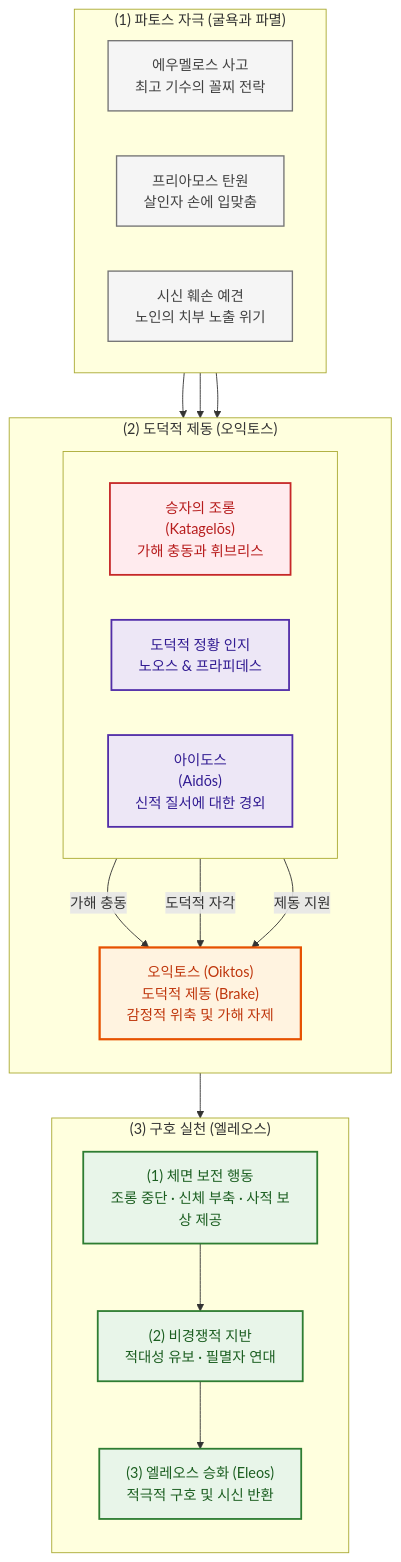
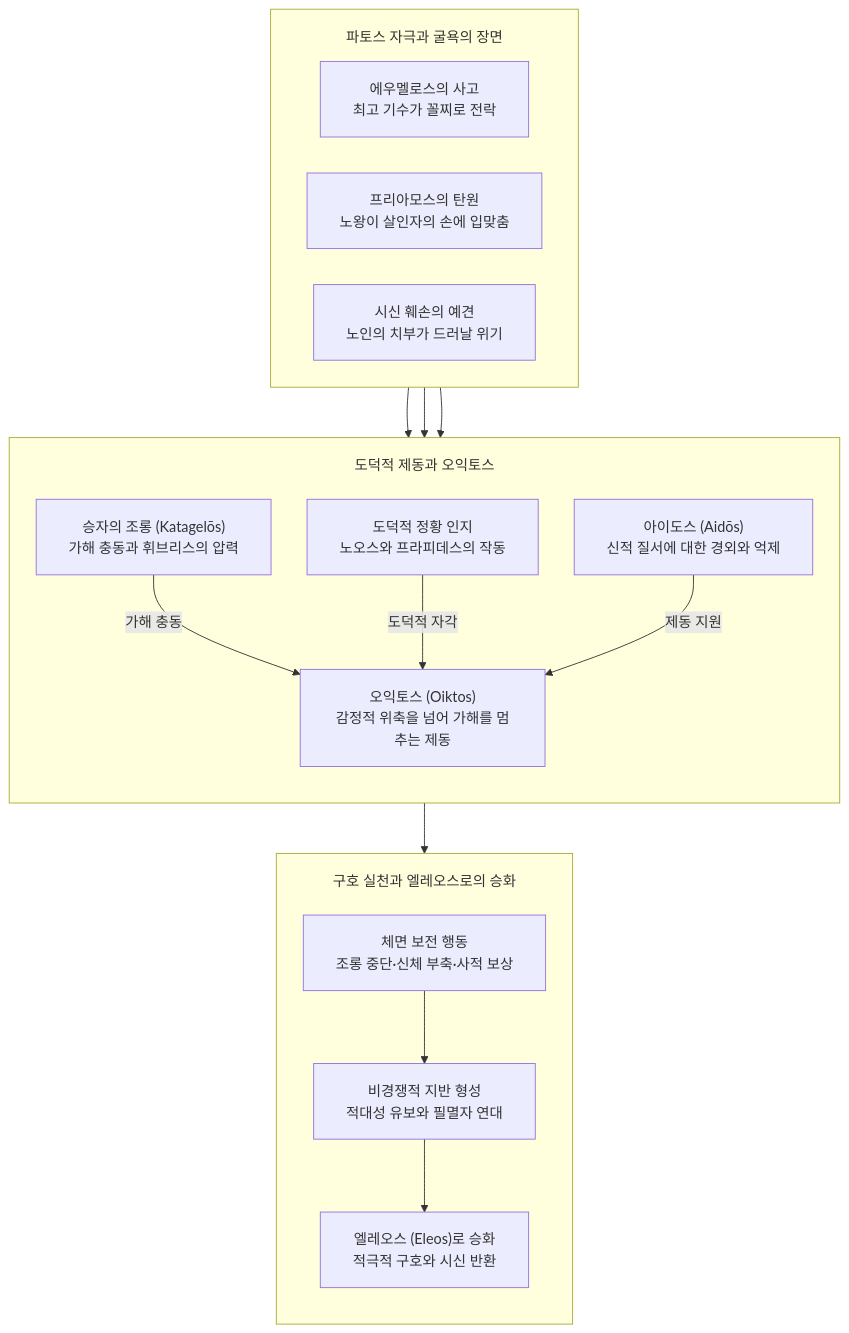
Before and after one commit to YgHnSIM/Homer_wiki: the diagram in wiki/concepts/concept-oiktos.md, drawn with Mermaid. The commit also changed other lines of this file and 9 other files, not shown here.

Commit message:
refactor(concepts): concept Mermaid 신규격 일괄 적용

````diff
--- a/wiki/concepts/concept-oiktos.md
+++ b/wiki/concepts/concept-oiktos.md
@@ -129,49 +129,33 @@
 ```mermaid
+%%{init: {'flowchart': {'useMaxWidth': true, 'nodeSpacing': 40, 'rankSpacing': 56, 'padding': 18, 'subGraphTitleMargin': {'top': 18, 'bottom': 10}}}}%%
 flowchart TD
-    %% 스타일 정의
-    classDef core fill:#FFF3E0,stroke:#E65100,stroke-width:2.5px,color:#BF360C;
-    classDef norm fill:#EDE7F6,stroke:#512DA8,stroke-width:2px,color:#311B92;
-    classDef oppose fill:#FFEBEE,stroke:#C62828,stroke-width:2px,color:#B71C1C;
-    classDef action fill:#E8F5E9,stroke:#2E7D32,stroke-width:2px,color:#1B5E20;
-    classDef event fill:#F5F5F5,stroke:#757575,stroke-width:1.5px,color:#424242;
-
-    %% 1. 파토스 자극
-    subgraph S1 ["(1) 파토스 자극 (굴욕과 파멸)"]
+    subgraph Trigger["파토스 자극과 굴욕의 장면"]
         direction LR
-        E1["에우멜로스 사고<br/>최고 기수의 꼴찌 전락"]:::event
-        E2["프리아모스 탄원<br/>살인자 손에 입맞춤"]:::event
-        E3["시신 훼손 예견<br/>노인의 치부 노출 위기"]:::event
+        E1["에우멜로스의 사고<br/>최고 기수가 꼴찌로 전락"]:::crisis
+        E2["프리아모스의 탄원<br/>노왕이 살인자의 손에 입맞춤"]:::crisis
+        E3["시신 훼손의 예견<br/>노인의 치부가 드러날 위기"]:::crisis
     end
 
-    %% 2. 도덕적 제동
-    subgraph S2 ["(2) 도덕적 제동 (오익토스)"]
+    subgraph Brake["도덕적 제동과 오익토스"]
         direction TB
-        subgraph S2_Top [" "]
-            direction LR
-            OPP["승자의 조롱<br/>(Katagelōs)<br/>가해 충동과 휘브리스"]:::oppose
-            COG["도덕적 정황 인지<br/>노오스 & 프라피데스"]:::norm
-            AID["아이도스<br/>(Aidōs)<br/>신적 질서에 대한 경외"]:::norm
-        end
-
-        OIK["오익토스 (Oiktos)<br/>도덕적 제동 (Brake)<br/>감정적 위축 및 가해 자제"]:::core
-
-        OPP -->|"가해 충동"| OIK
-        COG -->|"도덕적 자각"| OIK
-        AID -->|"제동 지원"| OIK
+        Opp["승자의 조롱 (Katagelōs)<br/>가해 충동과 휘브리스의 압력"]:::crisis
+        Cog["도덕적 정황 인지<br/>노오스와 프라피데스의 작동"]
+        Aid["아이도스 (Aidōs)<br/>신적 질서에 대한 경외와 억제"]
+        Oik["오익토스 (Oiktos)<br/>감정적 위축을 넘어 가해를 멈추는 제동"]:::focus
+        Opp -->|"가해 충동"| Oik
+        Cog -->|"도덕적 자각"| Oik
+        Aid -->|"제동 지원"| Oik
     end
 
-    %% 3. 실천과 승화
-    subgraph S3 ["(3) 구호 실천 (엘레오스)"]
+    subgraph Relief["구호 실천과 엘레오스로의 승화"]
         direction TB
-        ACT["(1) 체면 보전 행동<br/>조롱 중단 · 신체 부축 · 사적 보상 제공"]:::action
-        MED["(2) 비경쟁적 지반<br/>적대성 유보 · 필멸자 연대"]:::action
-        ELE["(3) 엘레오스 승화 (Eleos)<br/>적극적 구호 및 시신 반환"]:::action
-
-        ACT --> MED
-        MED --> ELE
+        Act["체면 보전 행동<br/>조롱 중단·신체 부축·사적 보상"]
+        Med["비경쟁적 지반 형성<br/>적대성 유보와 필멸자 연대"]
+        Ele["엘레오스 (Eleos)로 승화<br/>적극적 구호와 시신 반환"]:::resolve
+        Act --> Med
+        Med --> Ele
     end
 
-    %% 단계 간 연결
-    E1 & E2 & E3 --> COG
-    OIK --> ACT
+    E1 & E2 & E3 --> Cog
+    Oik --> Act
 ```
````
